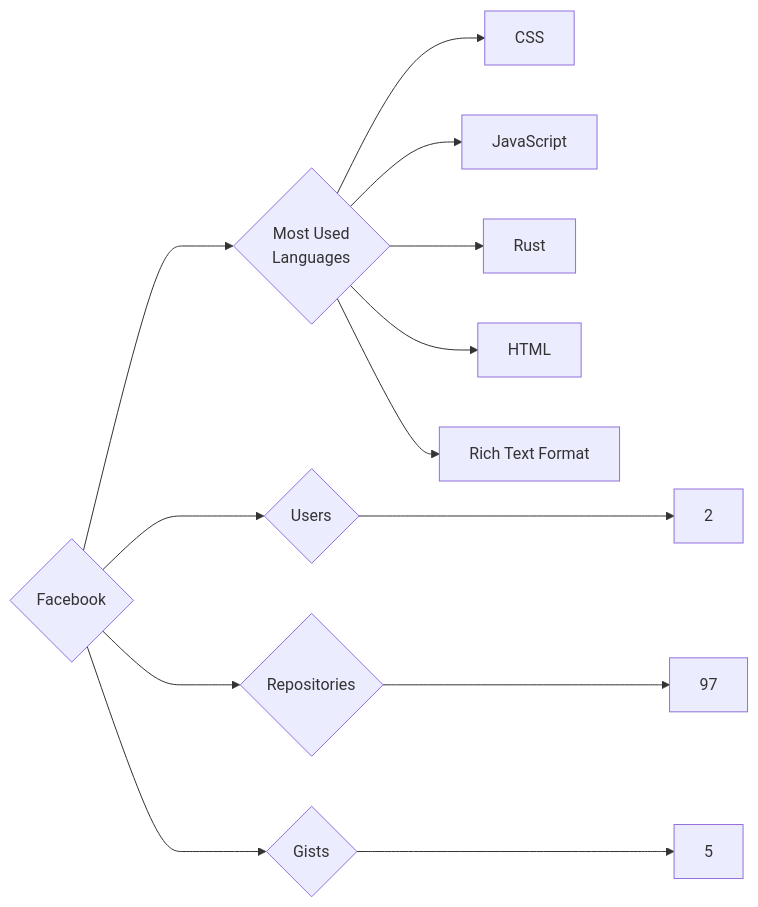
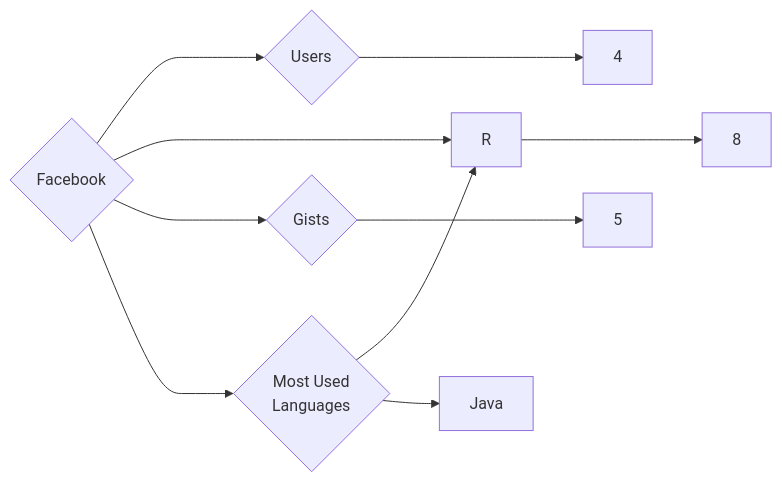
One commit to trickest/insiders changed the diagram in targets/Facebook/README.md. Above: the diagram before and after it, drawn with Mermaid. The commit also changed 1141 other files, not shown here.

````diff
--- a/targets/Facebook/README.md
+++ b/targets/Facebook/README.md
@@ -3,13 +3,10 @@
 ```mermaid
 graph LR
 COMPANY_NAME{Facebook}
-COMPANY_NAME ---> U{Users} ---> UN[2]
-COMPANY_NAME ---> R{Repositories} ---> RN[97]
+COMPANY_NAME ---> U{Users} ---> UN[4]
+COMPANY_NAME ---> R{Repositories} ---> RN[8]
 COMPANY_NAME ---> G{Gists} ---> GN[5]
 COMPANY_NAME ---> ML{Most Used<br>Languages}
-ML --> CSS[CSS]
-ML --> JavaScript[JavaScript]
-ML --> Rust[Rust]
-ML --> HTML[HTML]
-ML --> Rich_Text_Format[Rich Text Format]
+ML --> R[R]
+ML --> Java[Java]
 ```
````
